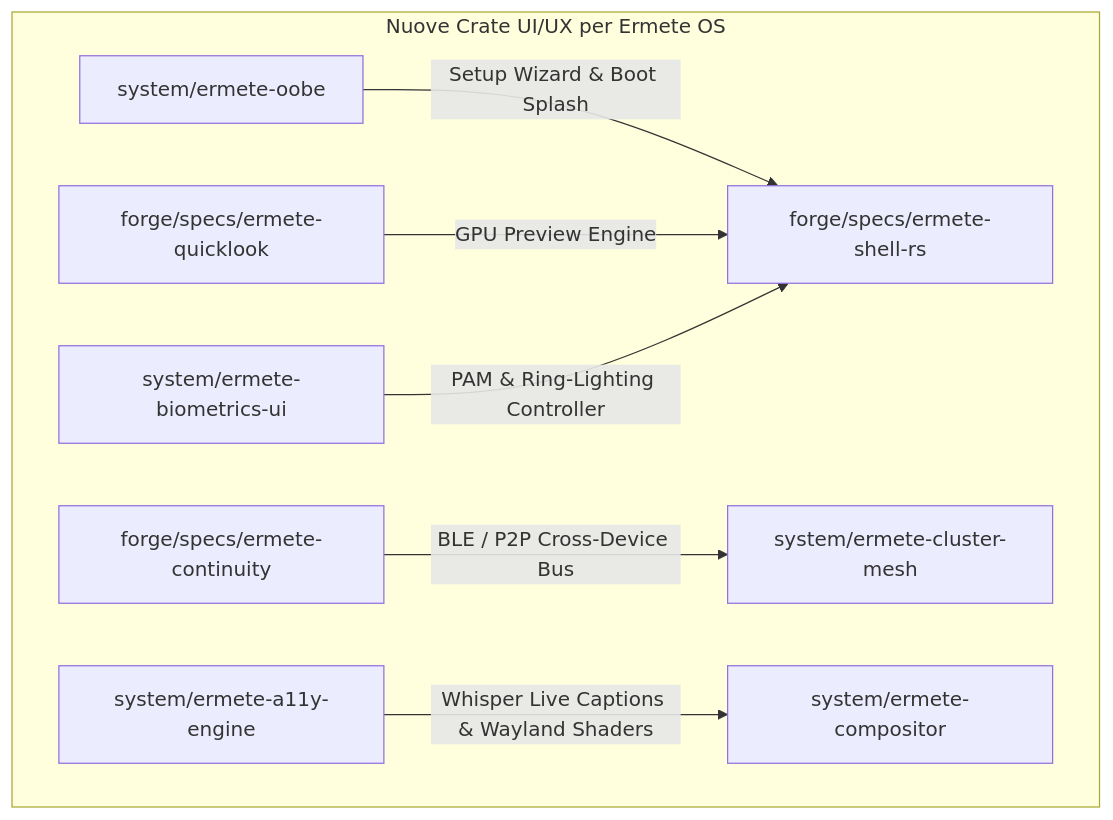
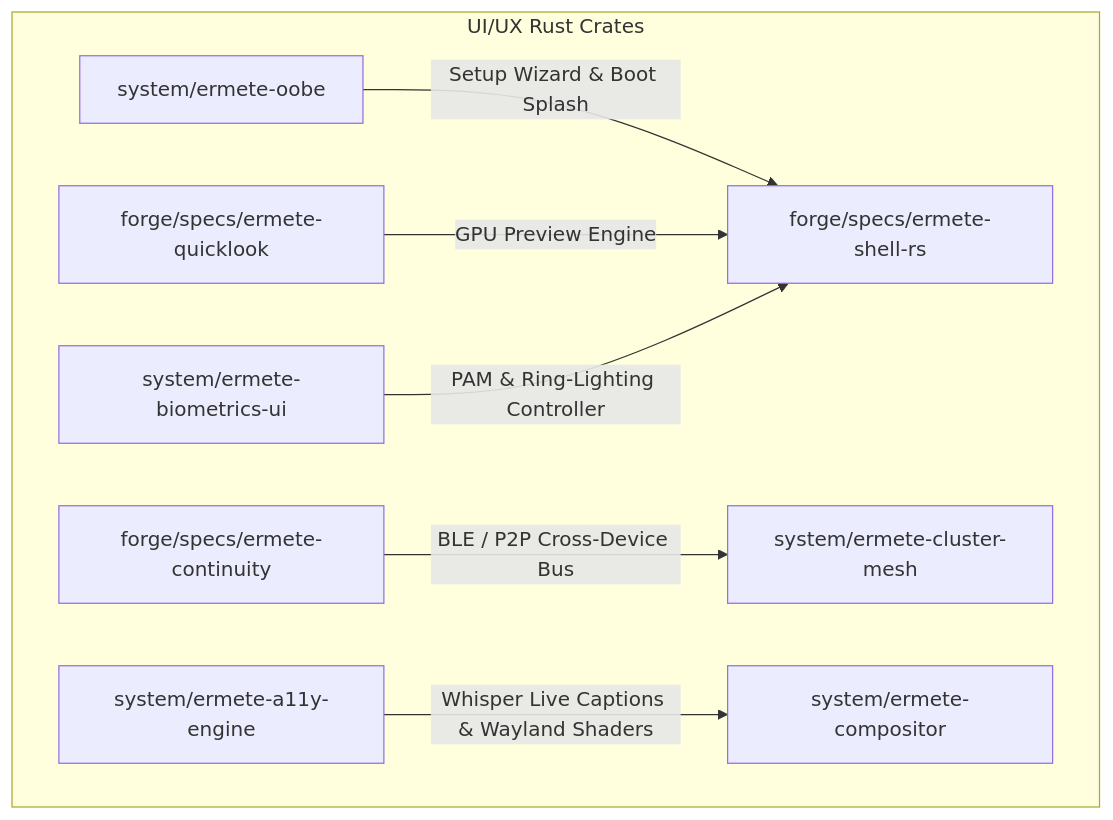
Before and after one commit to hr-mes/ermete-os: the diagram in docs/brain/gap_analysis_deep_audit_ui_ux.md, drawn with Mermaid. The commit also changed other lines of this file and 16 other files, not shown here.

````diff
--- a/docs/brain/gap_analysis_deep_audit_ui_ux.md
+++ b/docs/brain/gap_analysis_deep_audit_ui_ux.md
@@ -155,10 +153,10 @@
 ```mermaid
 graph TD
-    subgraph Nuove Crate UI/UX per Ermete OS
+    subgraph UI/UX Rust Crates
         OOBE[system/ermete-oobe] -->|Setup Wizard & Boot Splash| Shell[forge/specs/ermete-shell-rs]
         QL[forge/specs/ermete-quicklook] -->|GPU Preview Engine| Shell
         CONT[forge/specs/ermete-continuity] -->|BLE / P2P Cross-Device Bus| Mesh[system/ermete-cluster-mesh]
         BIO[system/ermete-biometrics-ui] -->|PAM & Ring-Lighting Controller| Shell
         A11Y[system/ermete-a11y-engine] -->|Whisper Live Captions & Wayland Shaders| Niri[system/ermete-compositor]
     end
 ```
````
